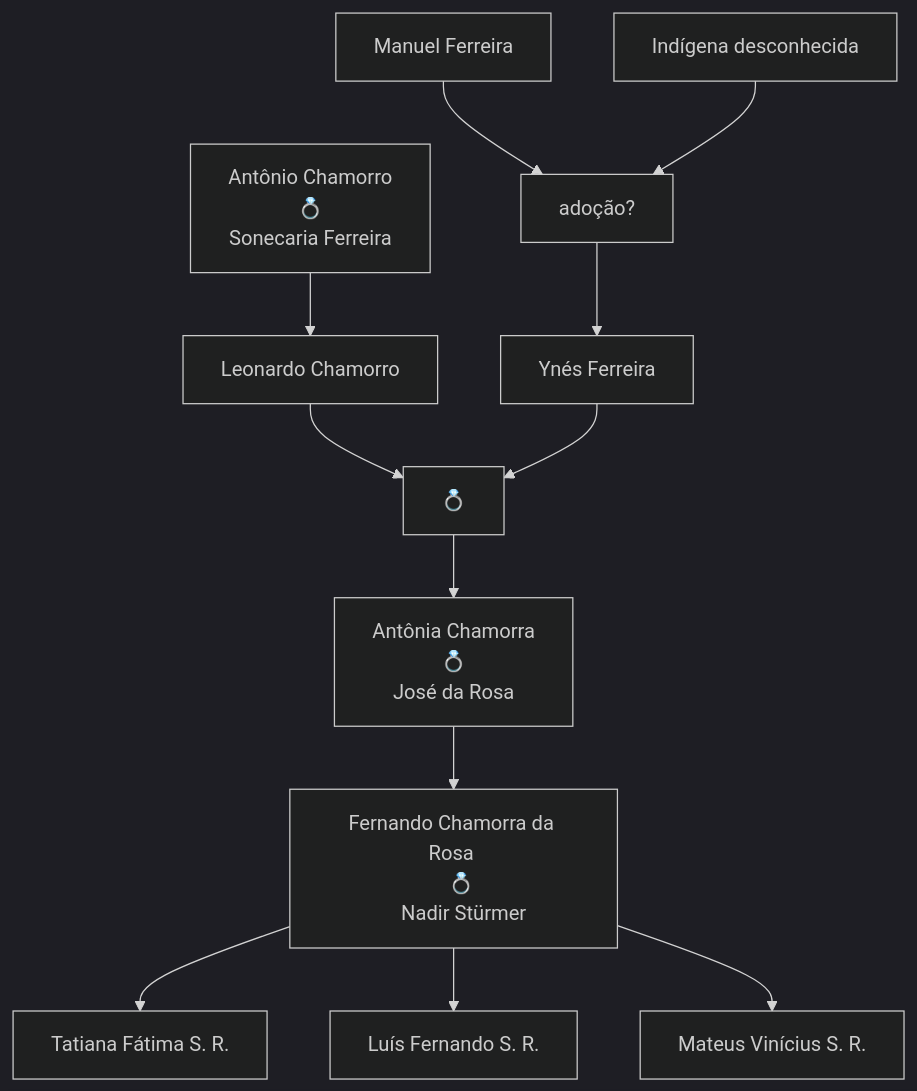
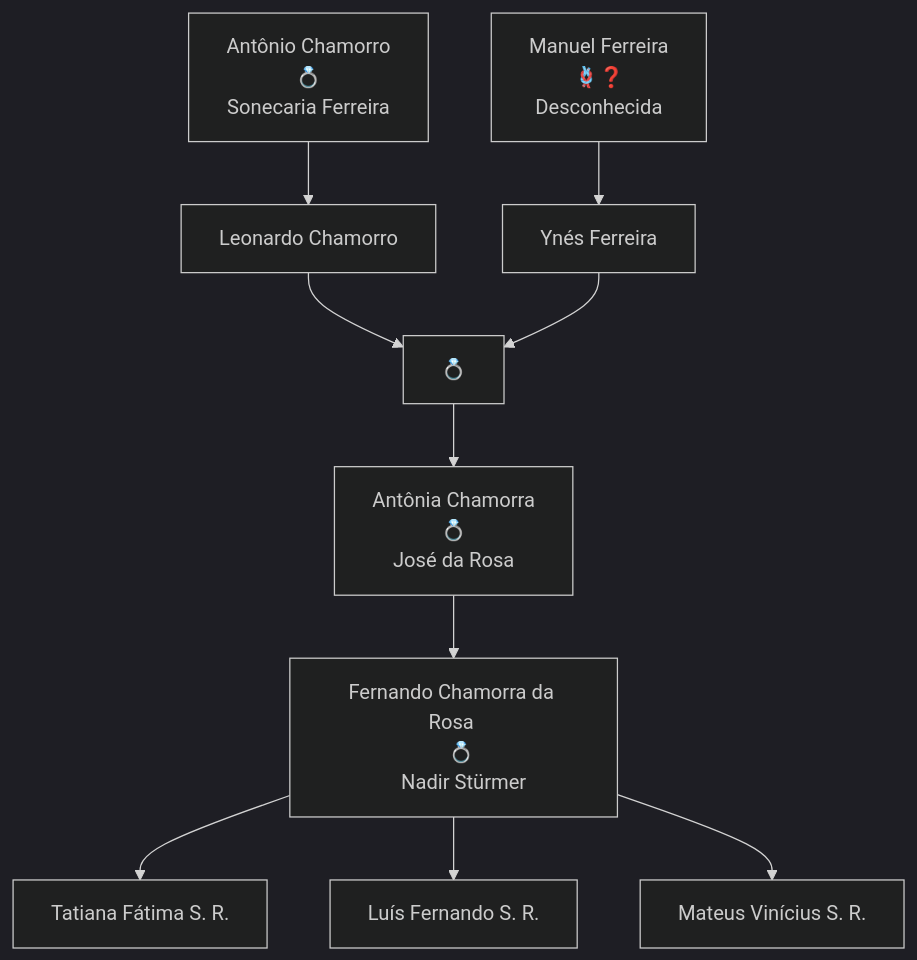
One commit to luisfsr/luisfsr.github.io changed the second of 2 diagrams in docs/genealogia.md. Above: the diagram before and after it, drawn with Mermaid (dark theme). The commit also changed other lines of this file, not shown here.

````diff
--- a/docs/genealogia.md
+++ b/docs/genealogia.md
@@ -40,24 +121,23 @@
 ```mermaid
 graph TD
-    a[Manuel Ferreira]    
-    b[Indígena desconhecida]
-    c[adoção?]
+    a[Manuel Ferreira
+    🪢❓
+    Desconhecida]    
     d[Ynés Ferreira]
-    a --> c
-    b --> c
-    c --> d
+    a --> d
+    
     A[Antônio Chamorro 
     💍 
     Sonecaria Ferreira] --> B[Leonardo Chamorro]
     B--> e[💍]
     d --> e
     e --> C[Antônia Chamorra 
     💍
     José da Rosa]
     C --> D[Fernando Chamorra da Rosa 
     💍 
     Nadir Stürmer]
     D --> E[Tatiana Fátima S. R.]
     D --> F[Luís Fernando S. R.]
     D --> G[Mateus Vinícius S. R.] 
 ```
````
